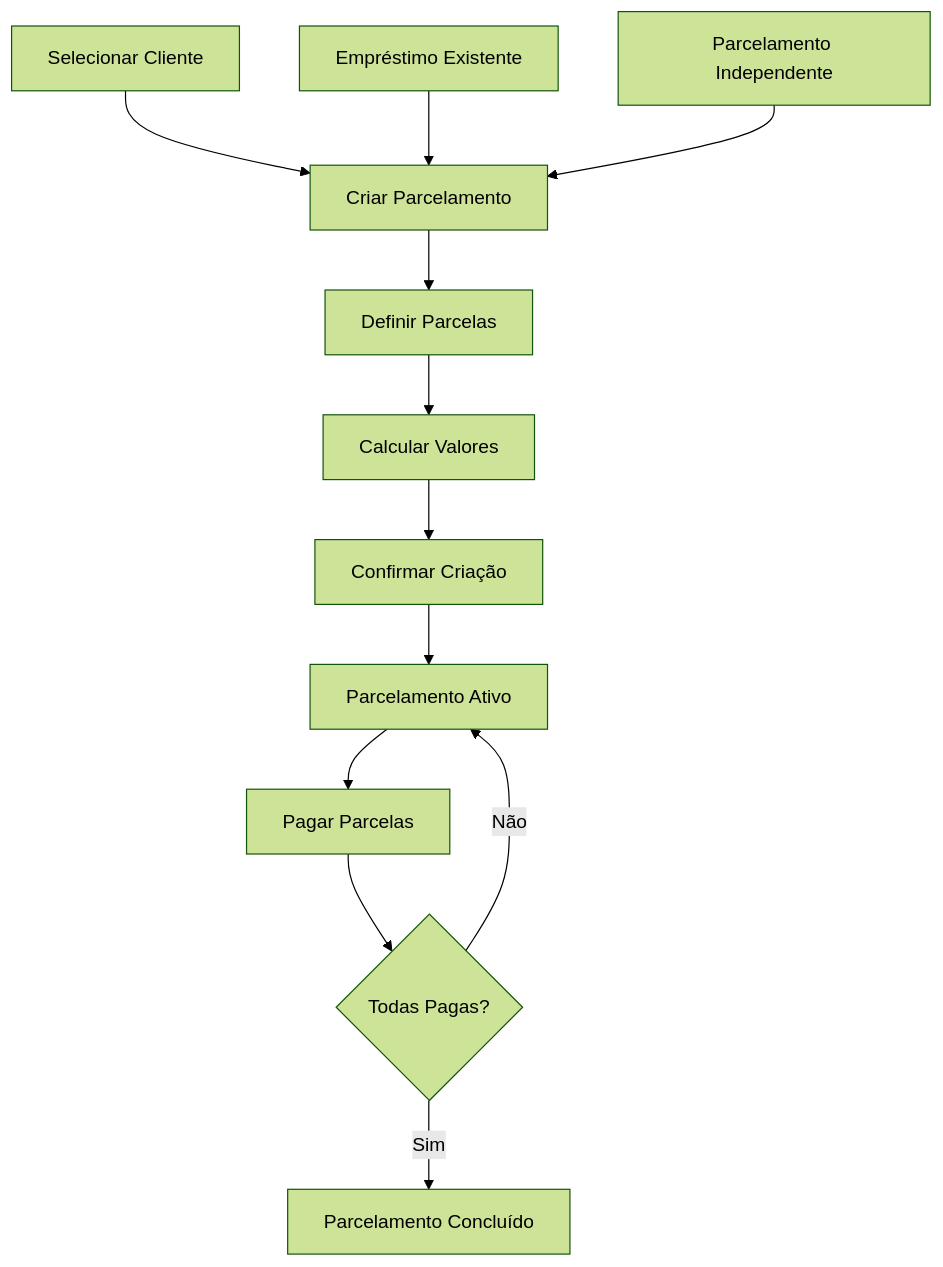
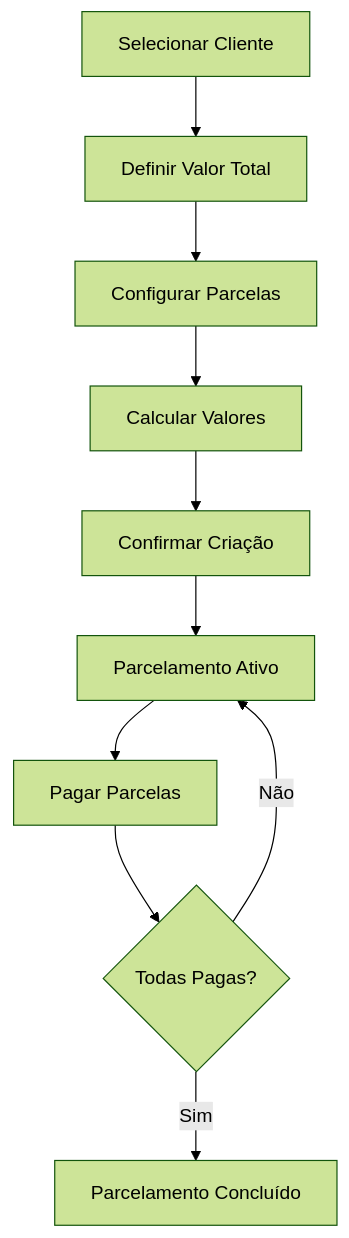
Before and after one commit to brassz/xp: the diagram in README-parcelamentos.md, drawn with Mermaid (forest theme). The commit also changed other lines of this file and 2 other files, not shown here.

````diff
--- a/README-parcelamentos.md
+++ b/README-parcelamentos.md
@@ -159,14 +157,12 @@
 ```mermaid
 graph TD
-    A[Selecionar Cliente] --> B[Criar Parcelamento]
-    A1[Empréstimo Existente] --> B
-    A2[Parcelamento Independente] --> B
-    B --> C[Definir Parcelas]
+    A[Selecionar Cliente] --> B[Definir Valor Total]
+    B --> C[Configurar Parcelas]
     C --> D[Calcular Valores]
     D --> E[Confirmar Criação]
     E --> F[Parcelamento Ativo]
     F --> G[Pagar Parcelas]
     G --> H{Todas Pagas?}
     H -->|Sim| I[Parcelamento Concluído]
     H -->|Não| F
 ```
````
